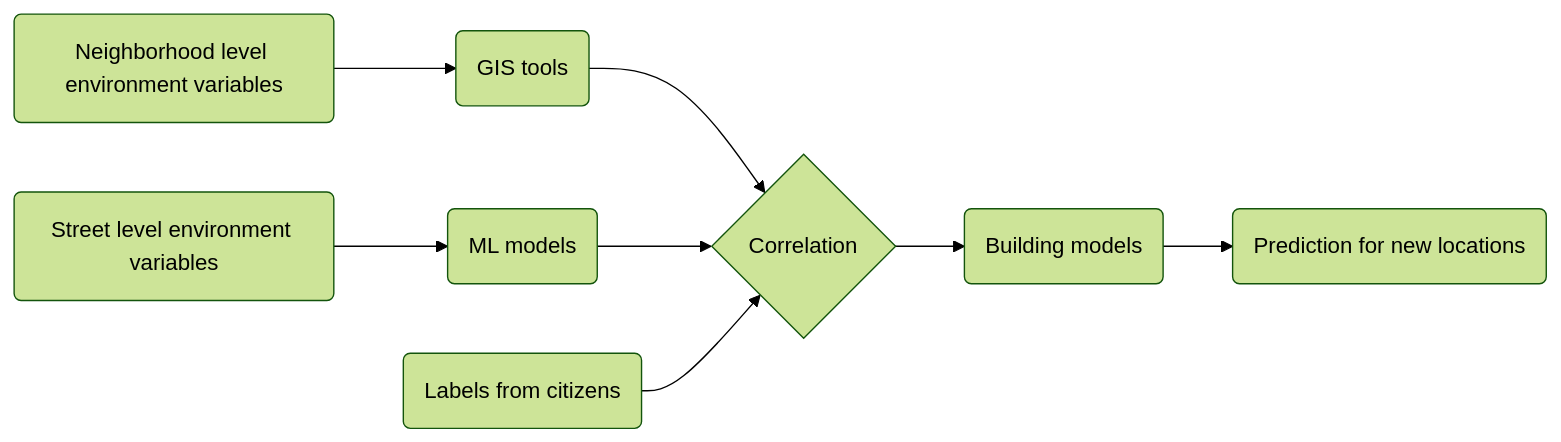
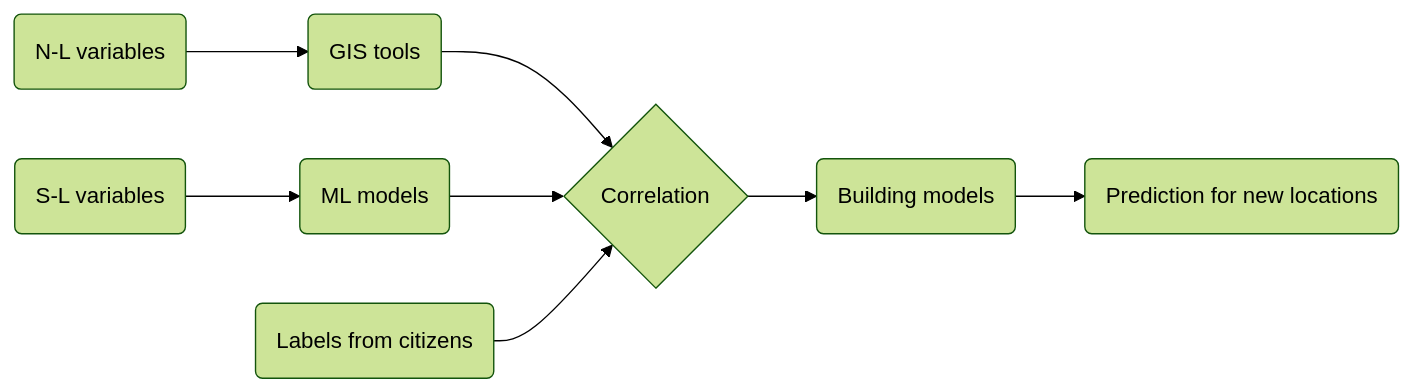
Before and after one commit to populusjade/eitcourse: the diagram in eitpaper.qmd, drawn with Mermaid (forest theme). The commit also changed other lines of this file and 1 other file, not shown here.

Commit message:
modify title

````diff
--- a/eitpaper.qmd
+++ b/eitpaper.qmd
@@ -40,12 +40,12 @@
 ```{mermaid}
 flowchart LR
-  A(Neighborhood level environment variables) --> B(GIS tools)
-  C(Street level environment variables ) --> D(ML models)
+  A(N-L variables) --> B(GIS tools)
+  C(S-L variables ) --> D(ML models)
   E(Labels from citizens)
   B --> F{Correlation}
   D --> F{Correlation}
   E --> F{Correlation}
   F --> I(Building models)
   I --> J(Prediction for new locations)
   
 ```
````
